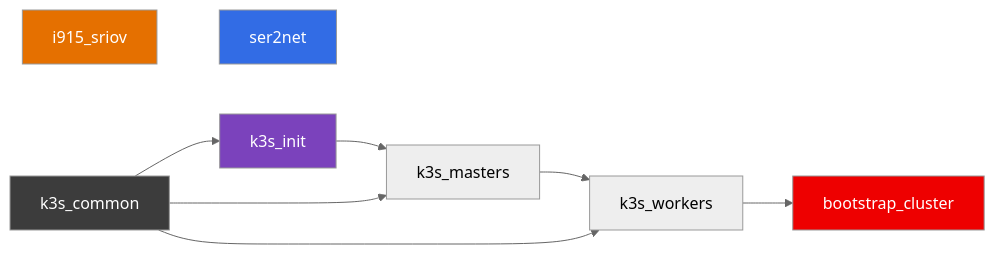
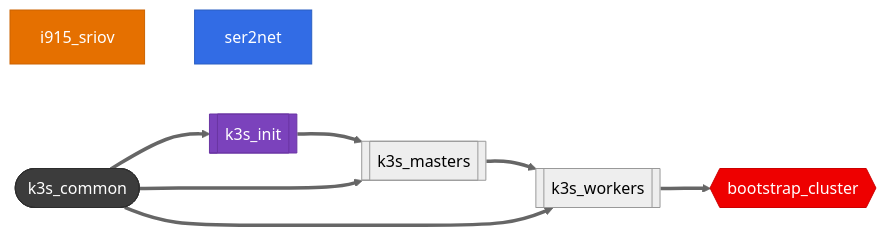
One commit to Starktastic-Homelab/ansible changed the second of 4 diagrams in README.md. Above: the diagram before and after it, drawn with Mermaid (neutral theme). The commit also changed other lines of this file, not shown here.

Commit message:
docs: prettify Mermaid diagrams with semantic shapes and visual hierarchy

````diff
--- a/README.md
+++ b/README.md
@@ -123,17 +124,22 @@
 ```mermaid
 flowchart LR
-    KC[k3s_common] --> KI[k3s_init]
-    KC --> KM[k3s_masters]
-    KC --> KW[k3s_workers]
-    KI --> KM
-    KM --> KW
-    KW --> BC[bootstrap_cluster]
+    KC([k3s_common]) ==> KI[[k3s_init]]
+    KC ==> KM[[k3s_masters]]
+    KC ==> KW[[k3s_workers]]
+    KI ==> KM
+    KM ==> KW
+    KW ==> BC{{bootstrap_cluster}}
 
-    I915[i915_sriov] ~~~ SER[ser2net]
+    I915["i915_sriov"] ~~~ SER["ser2net"]
 
-    style KC fill:#3C3C3C,color:#fff
-    style KI fill:#7B42BC,color:#fff
-    style BC fill:#EE0000,color:#fff
-    style I915 fill:#E57000,color:#fff
-    style SER fill:#326CE5,color:#fff
+    classDef common fill:#3C3C3C,stroke:#2D2D2D,color:#fff
+    classDef init fill:#7B42BC,stroke:#6A35A3,color:#fff
+    classDef bootstrap fill:#EE0000,stroke:#CC0000,color:#fff
+    classDef sriov fill:#E57000,stroke:#CC6300,color:#fff
+    classDef ser fill:#326CE5,stroke:#2B5FC2,color:#fff
+    class KC common
+    class KI init
+    class BC bootstrap
+    class I915 sriov
+    class SER ser
 ```
````
